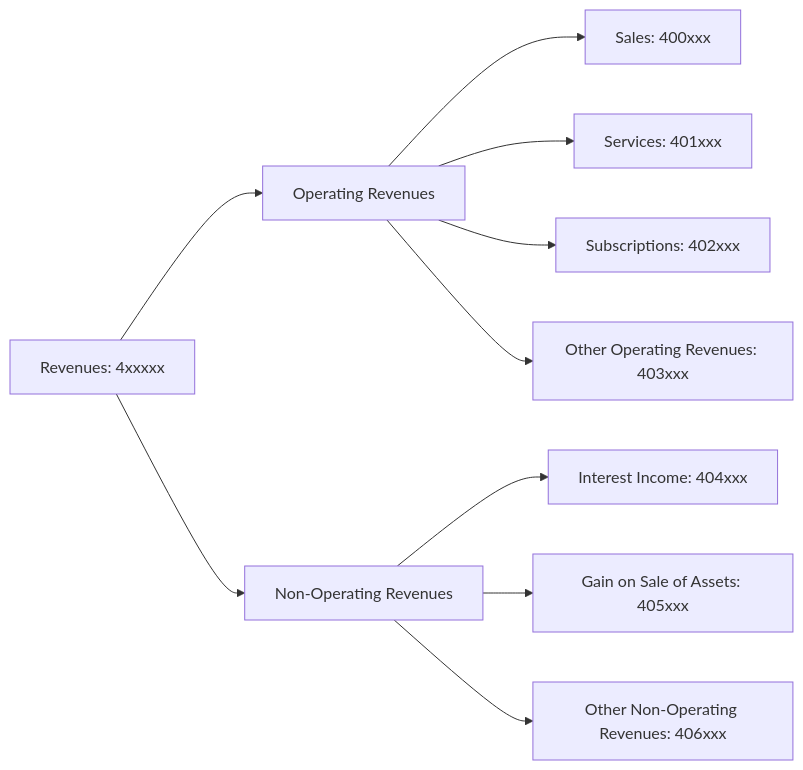
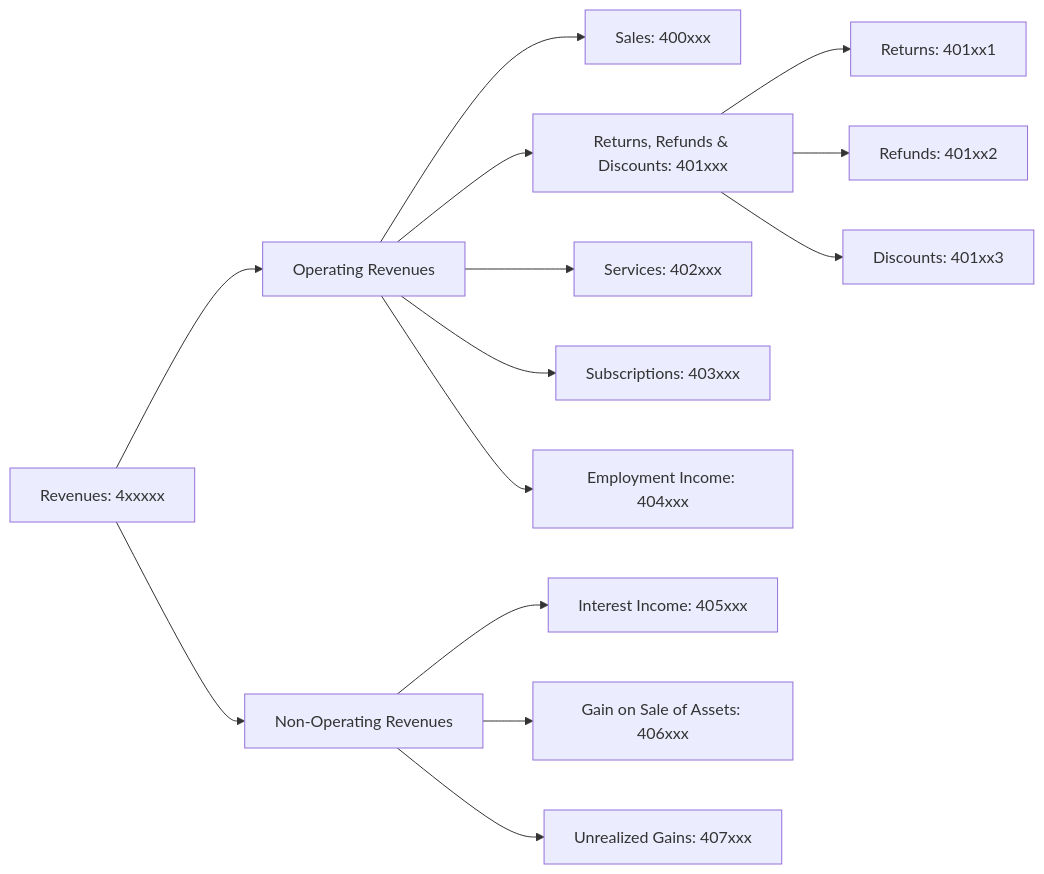
One commit to oosahon/ledgernova-core changed the diagram in src/domain/accounting/__doc__/assets/coa-revenues.mermaid. Above: the diagram before and after it, drawn with Mermaid. The commit also changed 13 other files, not shown here.

```diff
--- a/src/domain/accounting/__doc__/assets/coa-revenues.mermaid
+++ b/src/domain/accounting/__doc__/assets/coa-revenues.mermaid
@@ -1,16 +1,24 @@
 flowchart LR
     Revenues["Revenues: 4xxxxx"]
 
     OperatingRevenues["Operating Revenues"]
         Sales["Sales: 400xxx"]
-        Services["Services: 401xxx"]
-        Subscriptions["Subscriptions: 402xxx"]
-        OtherOperatingRevenues["Other Operating Revenues: 403xxx"]
+
+        ContraRevenues["Returns, Refunds & Discounts: 401xxx"]
+            Returns["Returns: 401xx1"]
+            Refunds["Refunds: 401xx2"]
+            Discounts["Discounts: 401xx3"]
+
+        Services["Services: 402xxx"]
+        Subscriptions["Subscriptions: 403xxx"]
+        EmploymentIncome["Employment Income: 404xxx"]
+        
     NonOperatingRevenues["Non-Operating Revenues"]
-        InterestIncome["Interest Income: 404xxx"]
-        GainOnSale["Gain on Sale of Assets: 405xxx"]
-        OtherNonOperatingRevenues["Other Non-Operating Revenues: 406xxx"]
+        InterestIncome["Interest Income: 405xxx"]
+        GainOnSale["Gain on Sale of Assets: 406xxx"]
+        UnrealizedGains["Unrealized Gains: 407xxx"]
 
     Revenues --> OperatingRevenues & NonOperatingRevenues
-    OperatingRevenues --> Sales & Services & Subscriptions & OtherOperatingRevenues
-    NonOperatingRevenues --> InterestIncome & GainOnSale & OtherNonOperatingRevenues
+    OperatingRevenues --> Sales & ContraRevenues & Services & Subscriptions & EmploymentIncome
+    ContraRevenues --> Returns & Refunds & Discounts
+    NonOperatingRevenues --> InterestIncome & GainOnSale & UnrealizedGains
```
